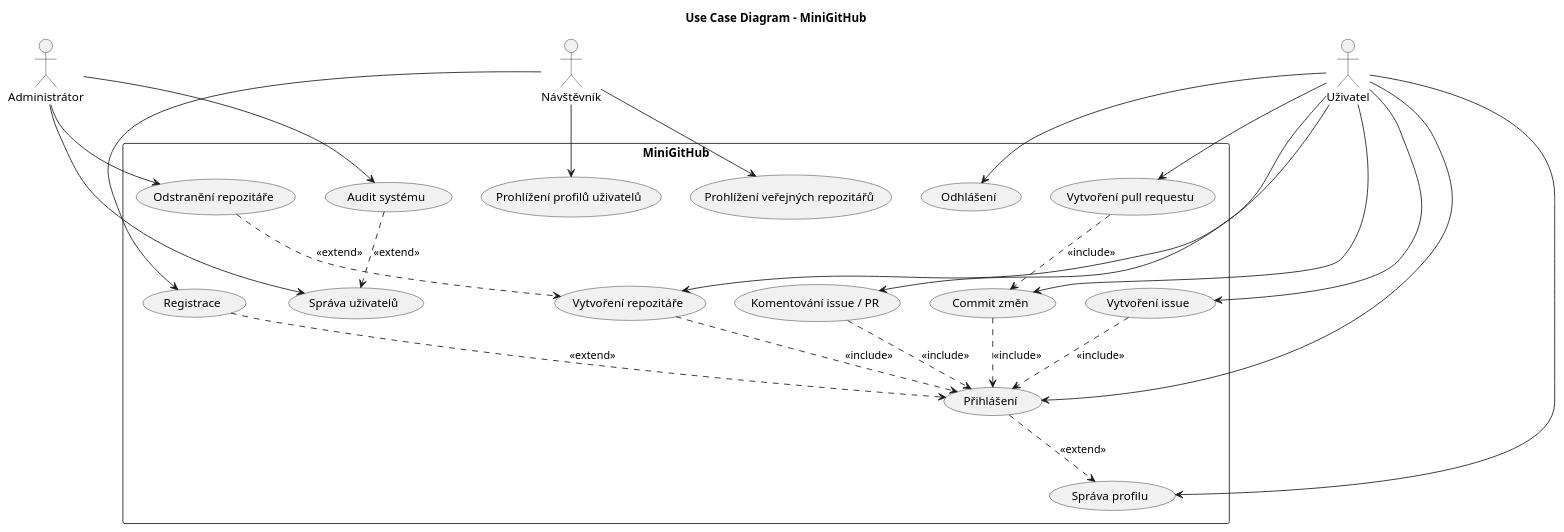
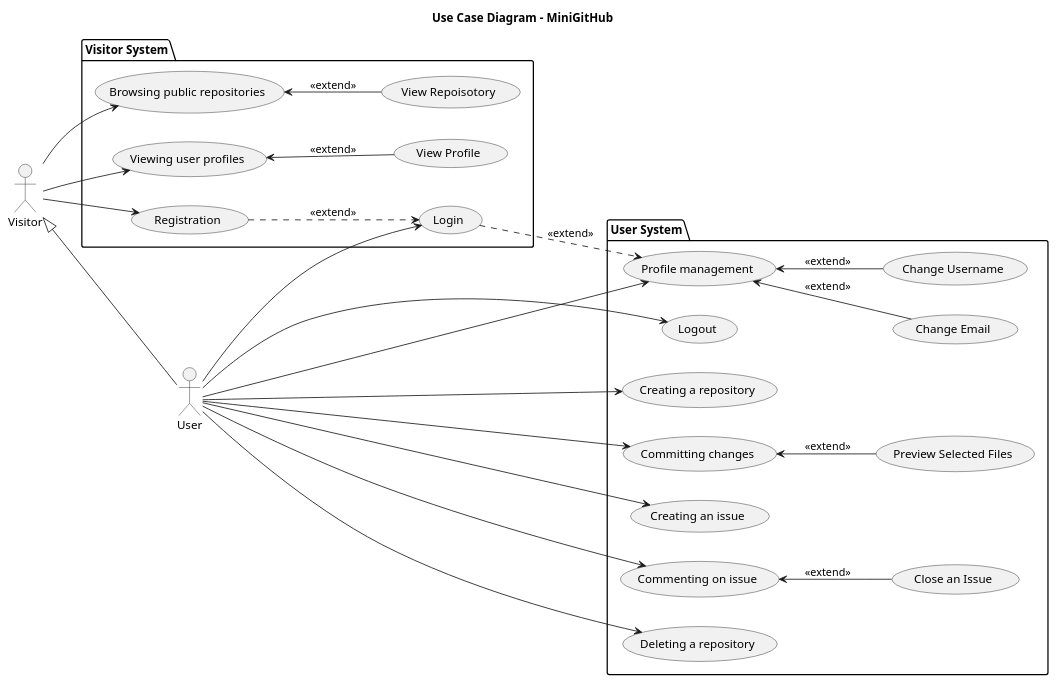
The diagram in artifacts/plantuml-diagrams/use-case-diagram.plantuml (phatt-23/VIS-Project), drawn with PlantUML before and after one commit. The commit also changed other lines of this file and 89 other files, not shown here.

```diff
--- a/artifacts/plantuml-diagrams/use-case-diagram.plantuml
+++ b/artifacts/plantuml-diagrams/use-case-diagram.plantuml
@@ -1,70 +1,74 @@
 @startuml
-title Use Case Diagram – MiniGitHub
+
+title Use Case Diagram - MiniGitHub
 
 left to right direction
-top to bottom direction
+/'top to bottom direction'/
 
-actor "Návštěvník" as Visitor
-actor "Uživatel" as User
-actor "Administrátor" as Admin
+actor "Visitor" as Visitor
+actor "User" as User
 
-rectangle "MiniGitHub" {
-    (Prohlížení veřejných repozitářů) as UC1
-    (Prohlížení profilů uživatelů) as UC2
-    (Registrace) as UC3
-    (Přihlášení) as UC4
-    (Odhlášení) as UC5
-    (Správa profilu) as UC6
-    (Vytvoření repozitáře) as UC7
-    (Commit změn) as UC8
-    (Vytvoření pull requestu) as UC9
-    (Vytvoření issue) as UC10
-    (Komentování issue / PR) as UC11
-    (Odstranění repozitáře) as UC12
-    (Správa uživatelů) as UC13
-    (Audit systému) as UC14
+package "Visitor System" {
+    usecase "Browsing public repositories" as UC1
+    usecase "Viewing user profiles" as UC2
+    usecase "Registration" as UC3
+    usecase "Login" as UC4
+    
+    (View Repoisotory) as UC13
+    (View Profile) as UC14
+    
 }
+
+package "User System" {
+    usecase "Logout" as UC5
+    (Profile management) as UC6
+    (Creating a repository) as UC7
+    (Committing changes) as UC8
+    (Creating an issue) as UC10
+    (Commenting on issue) as UC11
+    (Deleting a repository) as UC12
+    
+    (Preview Selected Files) as UC15
+    (Close an Issue) as UC16
+    
+    (Change Username) as UC17
+    (Change Email) as UC18
+}
+
+
+Visitor <|-- User
 
 ' Relationships
 Visitor --> UC1
 Visitor --> UC2
 Visitor --> UC3
+/'Visitor --> UC13'/
+/'Visitor --> UC14'/
 
 User --> UC4
 User --> UC5
 User --> UC6
 User --> UC7
 User --> UC8
-User --> UC9
 User --> UC10
 User --> UC11
+User --> UC12
 
-Admin --> UC13
-Admin --> UC12
-Admin --> UC14
-
-' Include relationships
-
-' Pull request requires commits
-UC9 ..> UC8 : <<include>>  
-' Must be logged in to create repo
-UC7 ..> UC4 : <<include>>  
-' Must be logged in to commit
-UC8 ..> UC4 : <<include>>
-' Must be logged in to create issue
-UC10 ..> UC4 : <<include>> 
-' Must be logged in to comment
-UC11 ..> UC4 : <<include>> 
 
 ' Extend relationships
 ' After registration, can log in
 UC3 ..> UC4 : <<extend>>   
 ' Login allows profile management
 UC4 ..> UC6 : <<extend>>   
-' Delete repository extends create (admin action)
-UC12 ..> UC7 : <<extend>>  
-' Audit extends user management
-UC14 ..> UC13 : <<extend>> 
+
+UC1 <-- UC13 : <<extend>>
+UC2 <-- UC14 : <<extend>>
+
+UC8 <-- UC15 : <<extend>>
+UC11 <-- UC16 : <<extend>>
+
+UC6 <-- UC17 : <<extend>>
+UC6 <-- UC18 : <<extend>>
 
 
 @enduml
```
